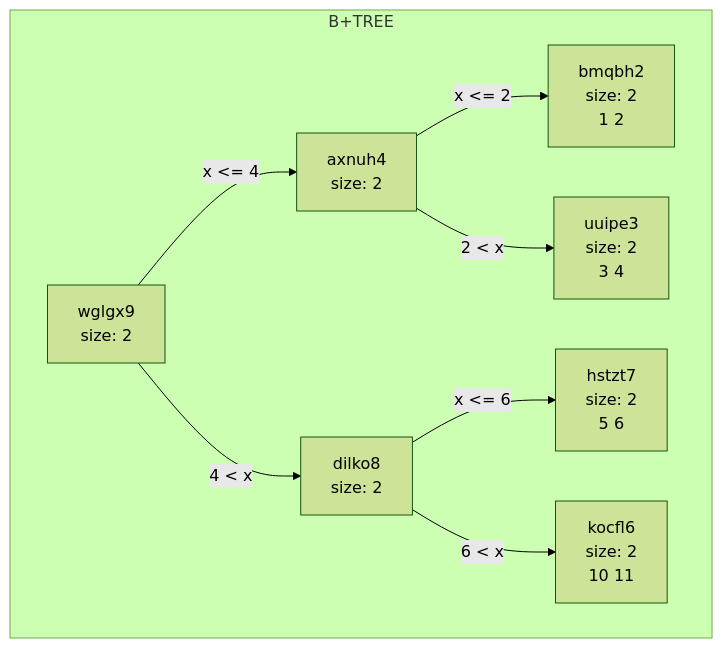
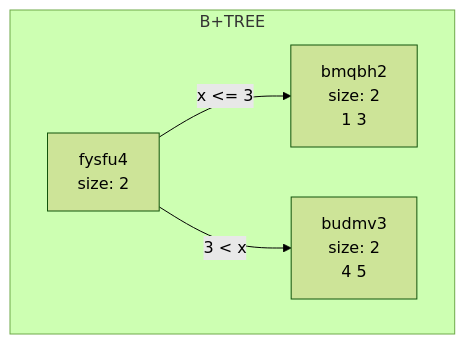
One commit to princevarshney05/BPTree changed the first of 2 diagrams in data/chart.md. Above: the diagram before and after it, drawn with Mermaid (forest theme). The commit also changed other lines of this file and 5 other files, not shown here.

````diff
--- a/data/chart.md
+++ b/data/chart.md
@@ -1,18 +1,10 @@
 ```mermaid
 graph TD
 subgraph B+TREE
-wglgx9[wglgx9<br/>size: 2<br/>]
-axnuh4[axnuh4<br/>size: 2<br/>]
-bmqbh2[bmqbh2<br/>size: 2<br/>1 2 ]
-axnuh4-->|x <= 2|bmqbh2
-uuipe3[uuipe3<br/>size: 2<br/>3 4 ]
-axnuh4-->|2 < x|uuipe3
-wglgx9-->|x <= 4|axnuh4
-dilko8[dilko8<br/>size: 2<br/>]
-hstzt7[hstzt7<br/>size: 2<br/>5 6 ]
-dilko8-->|x <= 6|hstzt7
-kocfl6[kocfl6<br/>size: 2<br/>10 11 ]
-dilko8-->|6 < x|kocfl6
-wglgx9-->|4 < x|dilko8
+fysfu4[fysfu4<br/>size: 2<br/>]
+bmqbh2[bmqbh2<br/>size: 2<br/>1 3 ]
+fysfu4-->|x <= 3|bmqbh2
+budmv3[budmv3<br/>size: 2<br/>4 5 ]
+fysfu4-->|3 < x|budmv3
 end
 ```
````
